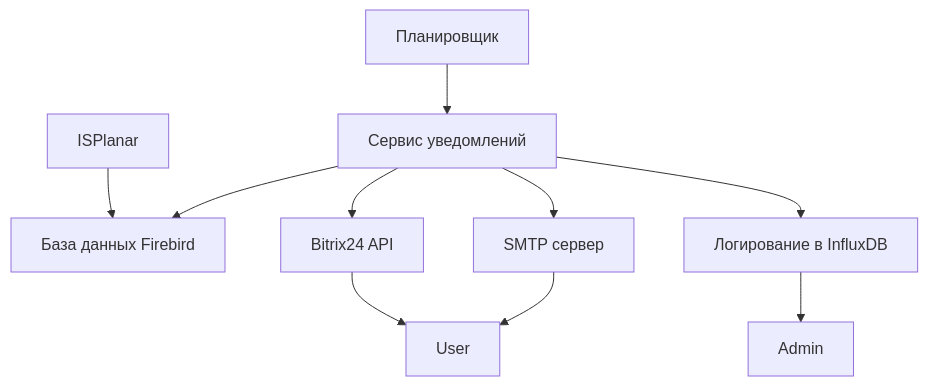
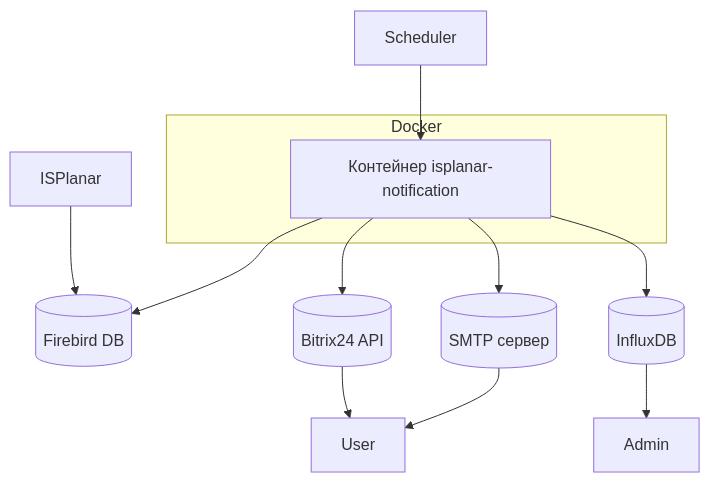
One commit to andreyantropov/notification-service changed the first of 2 diagrams in docs/architecture/architecture.md. Above: the diagram before and after it, drawn with Mermaid. The commit also changed other lines of this file and 1 other file, not shown here.

Commit message:
docs: Написан ADR по выбору SMTP-сервиса.

````diff
--- a/docs/architecture/architecture.md
+++ b/docs/architecture/architecture.md
@@ -35,12 +35,16 @@
 ```mermaid
 flowchart TB
-    ISPlanar --> Firebird[База данных Firebird]
-    Scheduler[Планировщик] --> INS[Сервис уведомлений]
-    INS --> Firebird[База данных Firebird]
-    INS --> Bitrix[Bitrix24 API]
-    INS --> SMTP[SMTP сервер]
-    INS --> Log[Логирование в InfluxDB]
-    Log[Логирование в InfluxDB] --> Admin
-    Bitrix[Bitrix24 API] --> User
-    SMTP[SMTP сервер] --> User
+    subgraph Docker
+        Container[Контейнер isplanar-notification]
+    end
+
+    ISPlanar --> Firebird[(Firebird DB)]
+    Scheduler --> Container
+    Container --> Firebird
+    Container --> Bitrix[(Bitrix24 API)]
+    Container --> SMTP[(SMTP сервер)]
+    Container --> Log[(InfluxDB)]
+    Log --> Admin
+    Bitrix --> User
+    SMTP --> User
 ```
````
